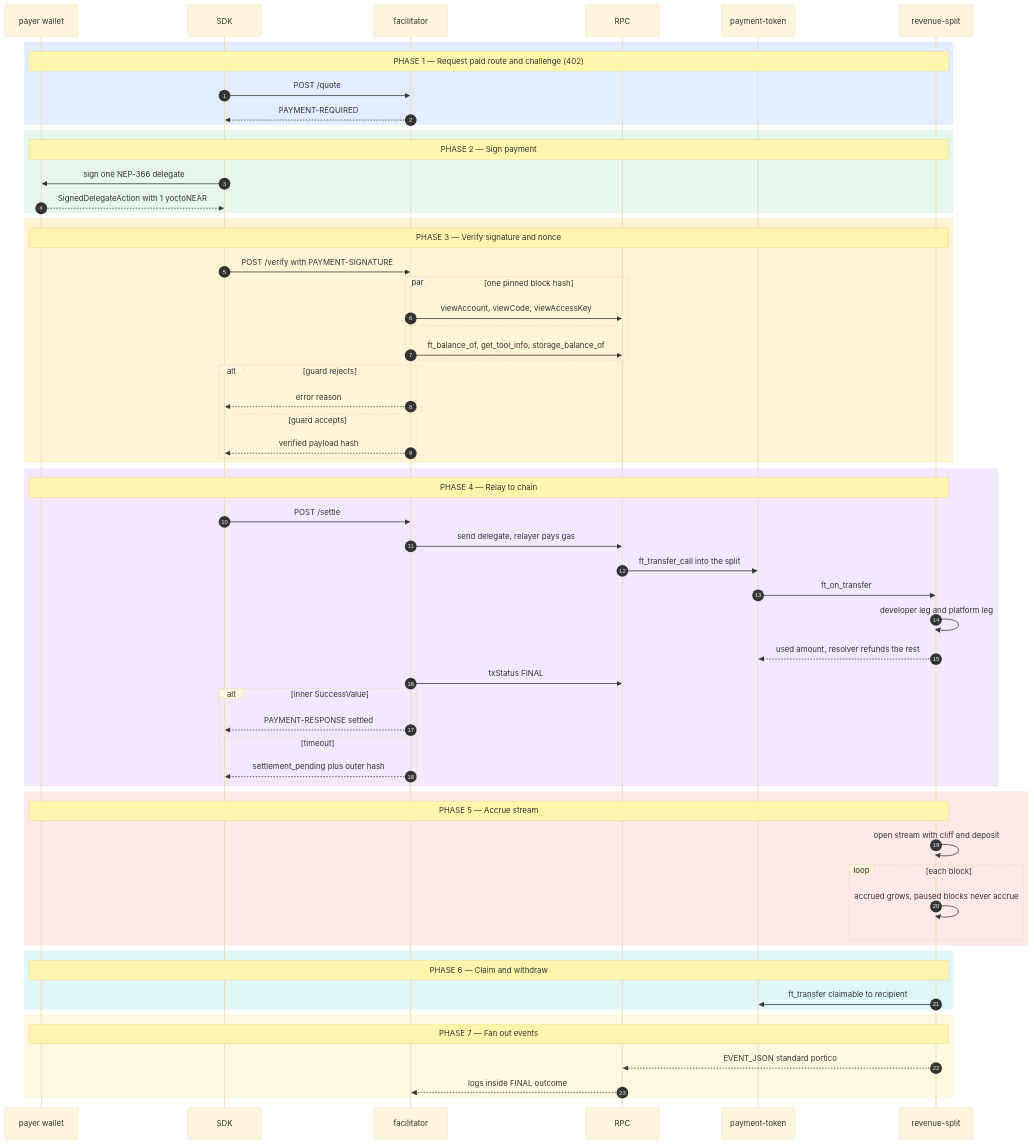
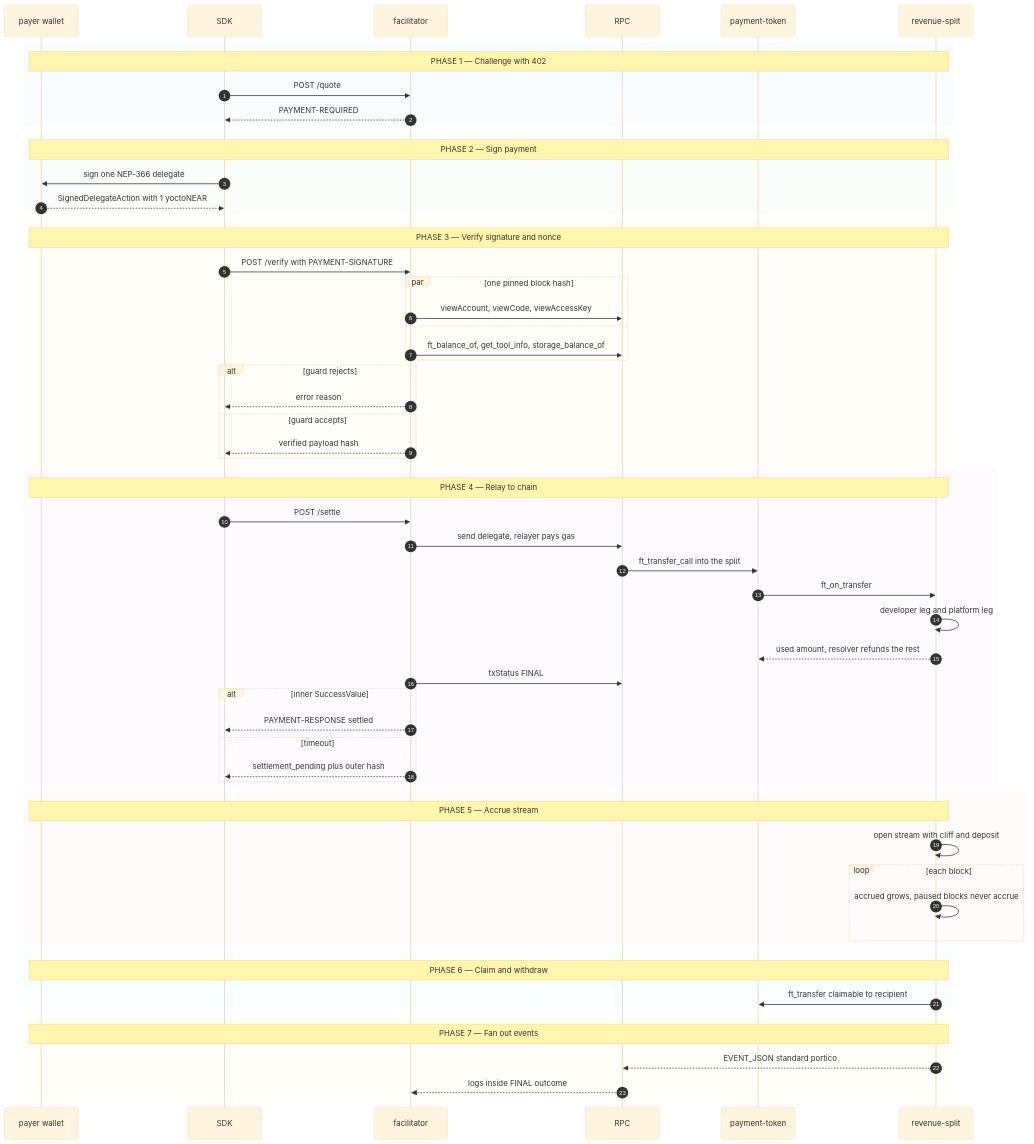
Before and after one commit to skthnr/paid-api-payment-rail: the diagram in README.md, drawn with Mermaid.

Commit message:
docs(portico): make diagram theme-safe and accessible

````diff
--- a/README.md
+++ b/README.md
@@ -5,66 +5,68 @@
 ```mermaid
 %%{init: {"theme":"base","themeVariables":{"fontSize":"14px"}}}%%
 sequenceDiagram
+    accTitle: portico runtime flow
+    accDescr: Payer wallet, SDK, facilitator, RPC and contracts settle one gasless x402 payment and accrue stream.
     autonumber
     participant W as payer wallet
     participant S as SDK
     participant F as facilitator
     participant R as RPC
     participant T as payment-token
     participant V as revenue-split
-    rect rgb(226,238,255)
-    Note over W,V: PHASE 1 — Request paid route and challenge (402)
+    rect rgba(226,238,255,0.20)
+    Note over W,V: PHASE 1 — Challenge with 402
     S->>F: POST /quote
     F-->>S: PAYMENT-REQUIRED
     end
-    rect rgb(230,247,235)
+    rect rgba(230,247,235,0.20)
     Note over W,V: PHASE 2 — Sign payment
     S->>W: sign one NEP-366 delegate
     W-->>S: SignedDelegateAction with 1 yoctoNEAR
     end
-    rect rgb(255,244,214)
+    rect rgba(255,244,214,0.20)
     Note over W,V: PHASE 3 — Verify signature and nonce
     S->>F: POST /verify with PAYMENT-SIGNATURE
     par one pinned block hash
     F->>R: viewAccount, viewCode, viewAccessKey
     and
     F->>R: ft_balance_of, get_tool_info, storage_balance_of
     end
     alt guard rejects
     F-->>S: error reason
     else guard accepts
     F-->>S: verified payload hash
     end
     end
-    rect rgb(243,232,255)
+    rect rgba(243,232,255,0.20)
     Note over W,V: PHASE 4 — Relay to chain
     S->>F: POST /settle
     F->>R: send delegate, relayer pays gas
     R->>T: ft_transfer_call into the split
     T->>V: ft_on_transfer
     V->>V: developer leg and platform leg
     V-->>T: used amount, resolver refunds the rest
     F->>R: txStatus FINAL
     alt inner SuccessValue
     F-->>S: PAYMENT-RESPONSE settled
     else timeout
     F-->>S: settlement_pending plus outer hash
     end
     end
-    rect rgb(255,232,232)
+    rect rgba(255,232,232,0.20)
     Note over W,V: PHASE 5 — Accrue stream
     V->>V: open stream with cliff and deposit
     loop each block
     V->>V: accrued grows, paused blocks never accrue
     end
     end
-    rect rgb(224,247,250)
+    rect rgba(224,247,250,0.20)
     Note over W,V: PHASE 6 — Claim and withdraw
     V->>T: ft_transfer claimable to recipient
     end
-    rect rgb(255,248,225)
+    rect rgba(255,248,225,0.20)
     Note over W,V: PHASE 7 — Fan out events
     V-->>R: EVENT_JSON standard portico
     R-->>F: logs inside FINAL outcome
     end
 ```
````
